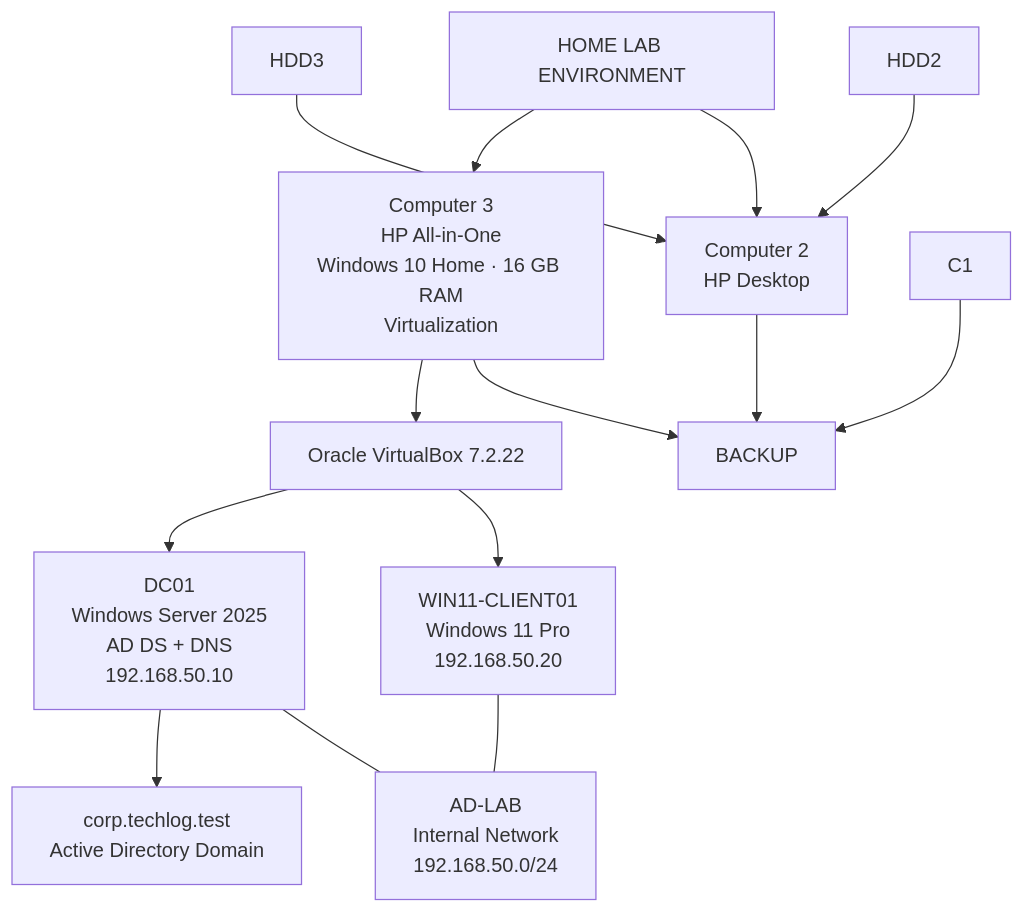
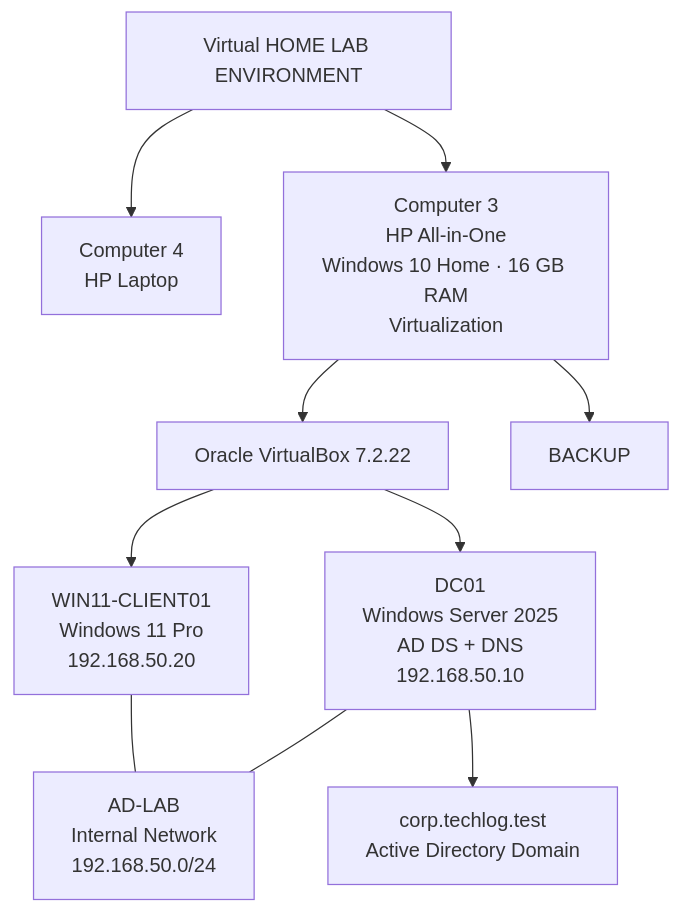
One commit to aang81a/my-it-support-portfolio changed the second of 2 diagrams in PROJECTS/01-lab-environment/lab-environment-overview.md. Above: the diagram before and after it, drawn with Mermaid.

````diff
--- a/PROJECTS/01-lab-environment/lab-environment-overview.md
+++ b/PROJECTS/01-lab-environment/lab-environment-overview.md
@@ -47,30 +47,25 @@
 ```mermaid
 flowchart TB
-    HOME["HOME LAB ENVIRONMENT"]
+    HOME["Virtual HOME LAB ENVIRONMENT"]
 
-    C2["Computer 2<br/>HP Desktop<br/>"]
+    C4["Computer 4<br/>HP Laptop<br/>"]
     C3["Computer 3<br/>HP All-in-One<br/>Windows 10 Home · 16 GB RAM<br/>Virtualization"]
 
     VB["Oracle VirtualBox 7.2.22"]
     CLIENT["WIN11-CLIENT01<br/>Windows 11 Pro<br/>192.168.50.20"]
     SERVER["DC01<br/>Windows Server 2025<br/>AD DS + DNS<br/>192.168.50.10"]
     NETWORK["AD-LAB<br/>Internal Network<br/>192.168.50.0/24"]
     DOMAIN["corp.techlog.test<br/>Active Directory Domain"]
 
-    HOME --> C2
+    HOME --> C4
     HOME --> C3
 
-    HDD2 --> C2
-    HDD3 --> C2
-
-    C1 --> BACKUP
-    C2 --> BACKUP
     C3 --> BACKUP
 
     C3 --> VB
     VB --> CLIENT
     VB --> SERVER
     CLIENT --- NETWORK
     SERVER --- NETWORK
     SERVER --> DOMAIN
 ```
````
